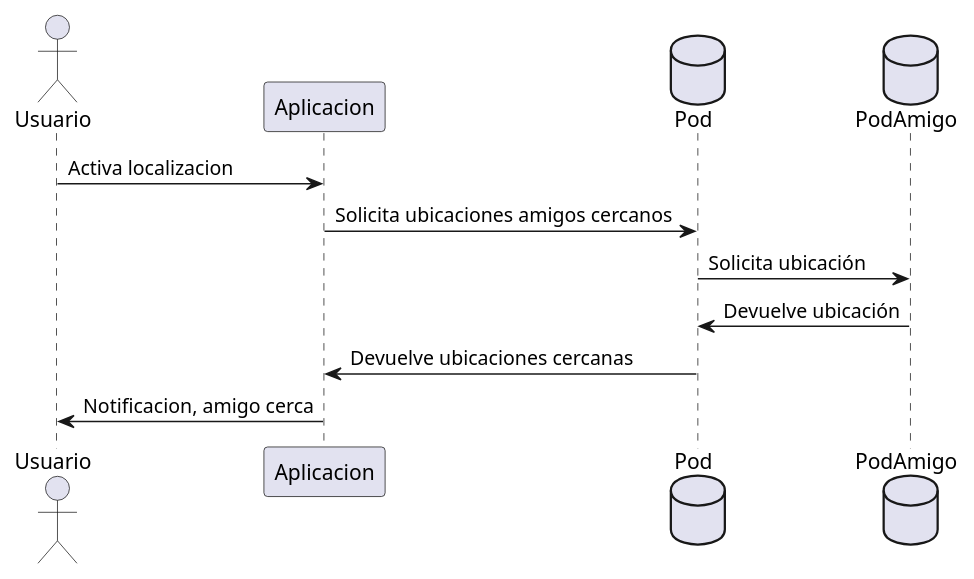
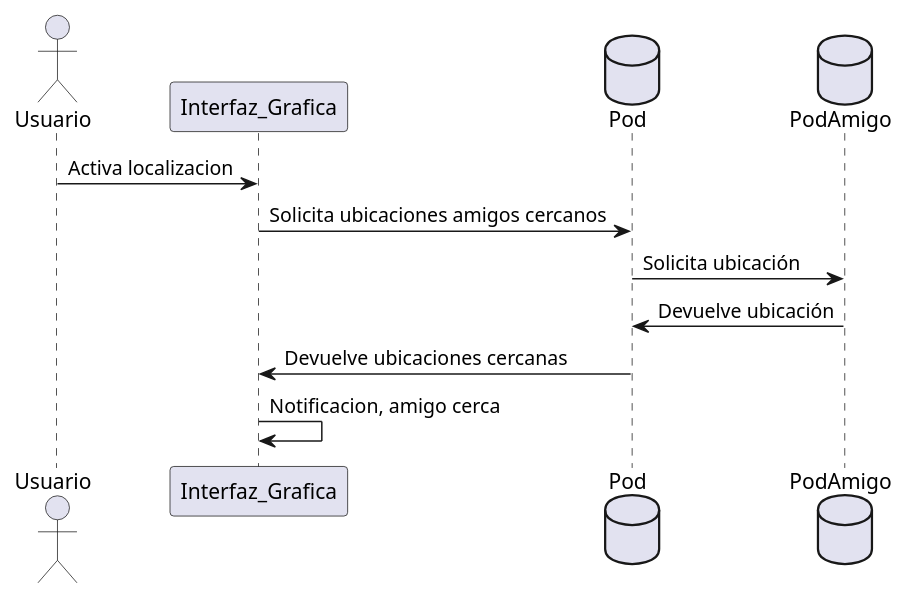
Before and after one commit to UO264862/radarin_es2b: the sixth of 10 diagrams in webapp/docs/06_runtime_view.adoc, drawn with PlantUML. The commit also changed other lines of this file and 1 other file, not shown here.

```diff
--- a/webapp/docs/06_runtime_view.adoc
+++ b/webapp/docs/06_runtime_view.adoc
@@ -141,13 +141,15 @@
 [plantuml, runtime_view6, svg]
 ----
+@startuml
 actor Usuario
-participant Aplicacion
+participant Interfaz_Grafica
 database Pod
 database PodAmigo
-Usuario -> Aplicacion:Activa localizacion
-Aplicacion -> Pod: Solicita ubicaciones amigos cercanos
+Usuario -> Interfaz_Grafica:Activa localizacion
+Interfaz_Grafica-> Pod: Solicita ubicaciones amigos cercanos
 Pod->PodAmigo:Solicita ubicación
 Pod<-PodAmigo:Devuelve ubicación
-Pod -> Aplicacion: Devuelve ubicaciones cercanas
-Aplicacion -> Usuario: Notificacion, amigo cerca
+Pod -> Interfaz_Grafica: Devuelve ubicaciones cercanas
+Interfaz_Grafica-> Interfaz_Grafica: Notificacion, amigo cerca
+@enduml
 ----
```
